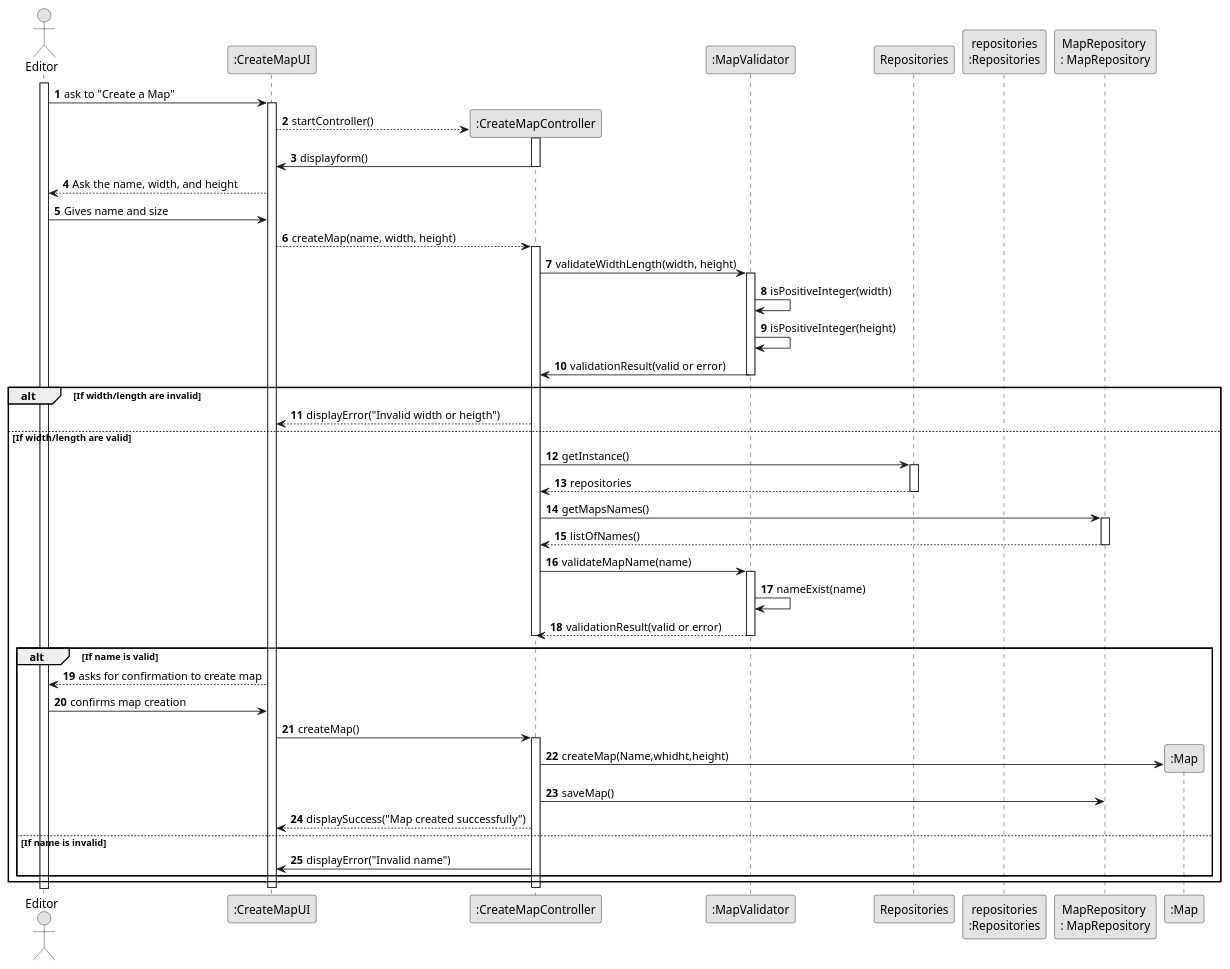
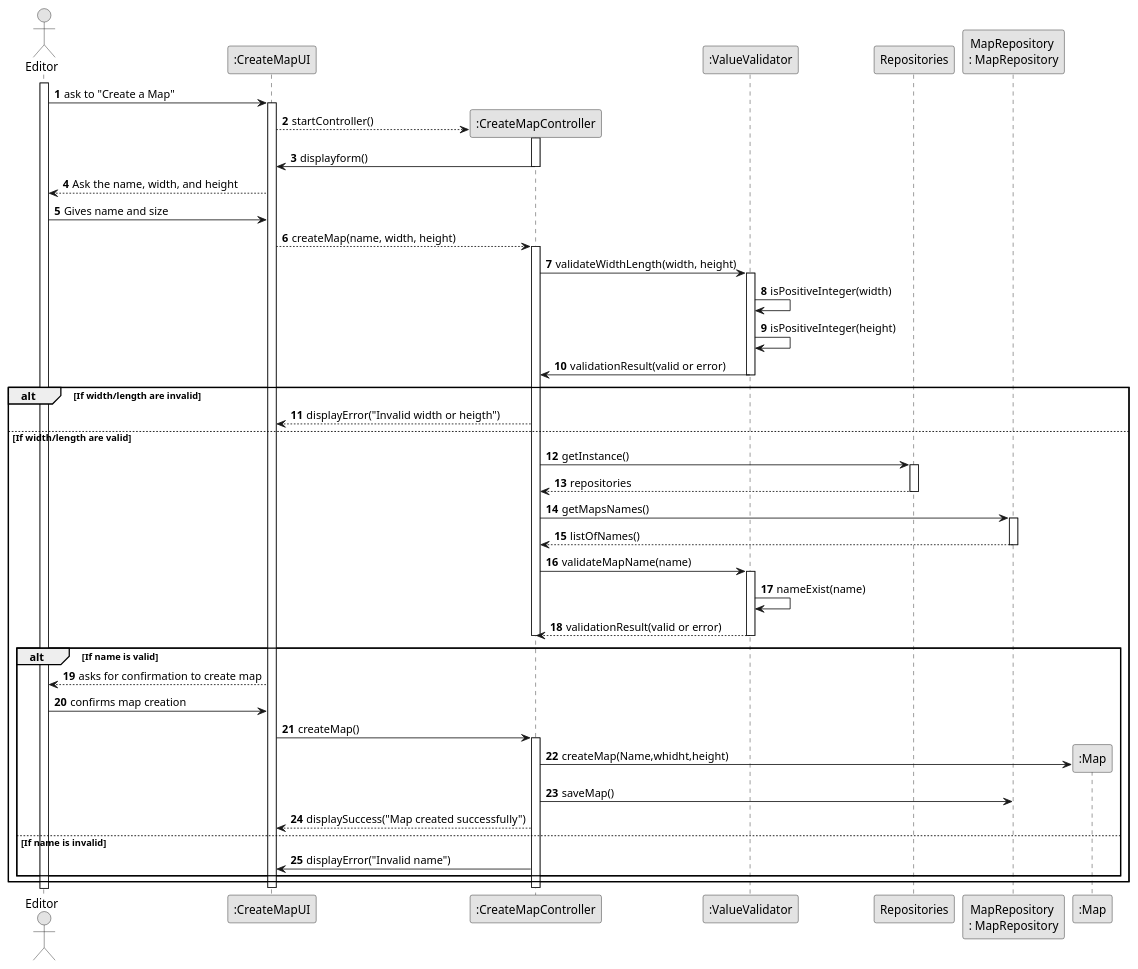
One commit to 1240826/empire-on-tracks changed the diagram in docs/system-documentation/US001/03.design/puml/US001-SD-full.puml. Above: the diagram before and after it, drawn with PlantUML. The commit also changed 7 other files, not shown here.

```diff
--- a/docs/system-documentation/US001/03.design/puml/US001-SD-full.puml
+++ b/docs/system-documentation/US001/03.design/puml/US001-SD-full.puml
@@ -1,107 +1,106 @@
 @startuml
 skinparam monochrome true
 skinparam packageStyle rectangle
 skinparam shadowing false
 
 autonumber
 
 actor "Editor" as Employee
 participant ":CreateMapUI" as UI
 participant ":CreateMapController" as Controller
-participant ":MapValidator" as Validator
+participant ":ValueValidator" as Validator
 participant "Repositories" as Rep
-participant "repositories\n:Repositories" as REPOS_SINGLETON
 participant "MapRepository \n: MapRepository" as Repository
 
 participant ":Map" as Map
 
 activate Employee
 
     Employee -> UI : ask to "Create a Map"
     activate UI
 
             UI --> Controller** : startController()
 
             activate Controller
 
             Controller->UI : displayform()
             deactivate Controller
 
         UI --> Employee : Ask the name, width, and height
 
 
 
 
 
 
 
     Employee -> UI : Gives name and size
 
 
         UI --> Controller  : createMap(name, width, height)
         activate Controller
 
             Controller -> Validator : validateWidthLength(width, height)
             activate Validator
 
             Validator -> Validator : isPositiveInteger(width)
             Validator -> Validator : isPositiveInteger(height)
             Validator -> Controller : validationResult(valid or error)
             deactivate Validator
 
             alt If width/length are invalid
                 Controller --> UI : displayError("Invalid width or heigth")
 
 
             else If width/length are valid
 
             Controller->Rep: getInstance()
             activate Rep
             Rep-->Controller:repositories
             deactivate Rep
 
             Controller->Repository:getMapsNames()
             activate Repository
             Repository-->Controller:listOfNames()
             deactivate Repository
 
 
 
                 Controller -> Validator : validateMapName(name)
                 activate Validator
 
                 Validator -> Validator : nameExist(name)
                 Validator -->Controller: validationResult(valid or error)
                 deactivate Validator
                 deactivate Controller
 
                 alt If name is valid
                     UI --> Employee : asks for confirmation to create map
 
 
                     Employee -> UI : confirms map creation
 
 
                     UI -> Controller: createMap()
                     activate Controller
 
                     Controller->Map**:createMap(Name,whidht,height)
 
 
 
 
 
                             Controller -> Repository : saveMap()
                         deactivate Repository
 
 
                     Controller --> UI : displaySuccess("Map created successfully")
                 else If name is invalid
                     Controller -> UI : displayError("Invalid name")
                 end
             end
 
         deactivate Controller
     deactivate UI
 
 @enduml
```
